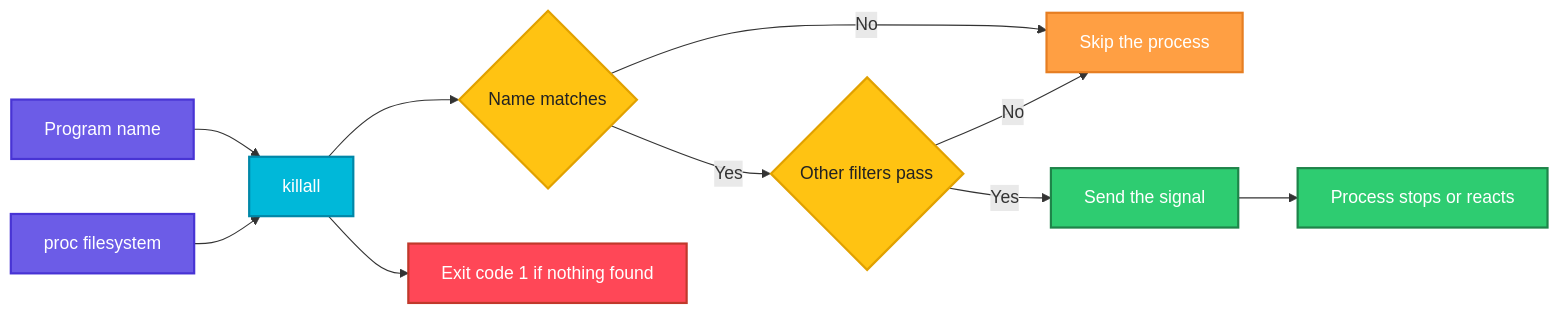
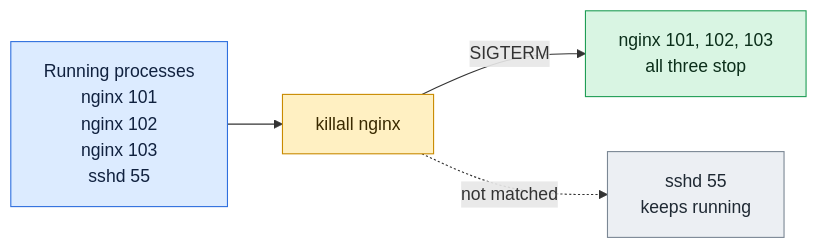
Before and after one commit to codeKerdosTech/DevOps-Documentation: the diagram in linux/process-management/killall.md, drawn with Mermaid. The commit also changed other lines of this file and 165 other files, not shown here.

Commit message:
updated diagrams in linux

````diff
--- a/linux/process-management/killall.md
+++ b/linux/process-management/killall.md
@@ -25,25 +25,15 @@
 ```mermaid
 flowchart LR
-    A[Program name] --> B[killall]
-    C[proc filesystem] --> B
-    B --> D{Name matches}
-    D -->|No| E[Skip the process]
-    D -->|Yes| F{Other filters pass}
-    F -->|No| E
-    F -->|Yes| G[Send the signal]
-    G --> H[Process stops or reacts]
-    B --> I[Exit code 1 if nothing found]
-    classDef start fill:#6C5CE7,stroke:#4834D4,stroke-width:2px,color:#fff
-    classDef proc fill:#00B8D9,stroke:#0087A8,stroke-width:2px,color:#fff
-    classDef dec fill:#FFC312,stroke:#E1A100,stroke-width:2px,color:#222
-    classDef ok fill:#2ECC71,stroke:#1E8449,stroke-width:2px,color:#fff
-    classDef err fill:#FF4757,stroke:#C0392B,stroke-width:2px,color:#fff
-    classDef out fill:#FD79A8,stroke:#E84393,stroke-width:2px,color:#fff
-    classDef alt fill:#FF9F43,stroke:#E67E22,stroke-width:2px,color:#fff
-    class A,C start
-    class B proc
-    class D,F dec
-    class E alt
-    class G,H ok
-    class I err
+    i1[Running processes<br/>nginx 101<br/>nginx 102<br/>nginx 103<br/>sshd 55] --> c1[killall nginx]
+    c1 -->|SIGTERM| o1[nginx 101, 102, 103<br/>all three stop]
+    c1 -.->|not matched| n1[sshd 55<br/>keeps running]
+    classDef inp fill:#DCEBFF,stroke:#2F6FDE,color:#10213F
+    classDef cmd fill:#FFF0C2,stroke:#C98A00,color:#3A2A00
+    classDef out fill:#D9F5E3,stroke:#1F9D55,color:#0B2E1A
+    classDef bad fill:#FDE0E0,stroke:#D13B3B,color:#4A0F0F
+    classDef note fill:#ECEFF3,stroke:#7B8794,color:#1F2933
+    class i1 inp
+    class c1 cmd
+    class o1 out
+    class n1 note
 ```
````
